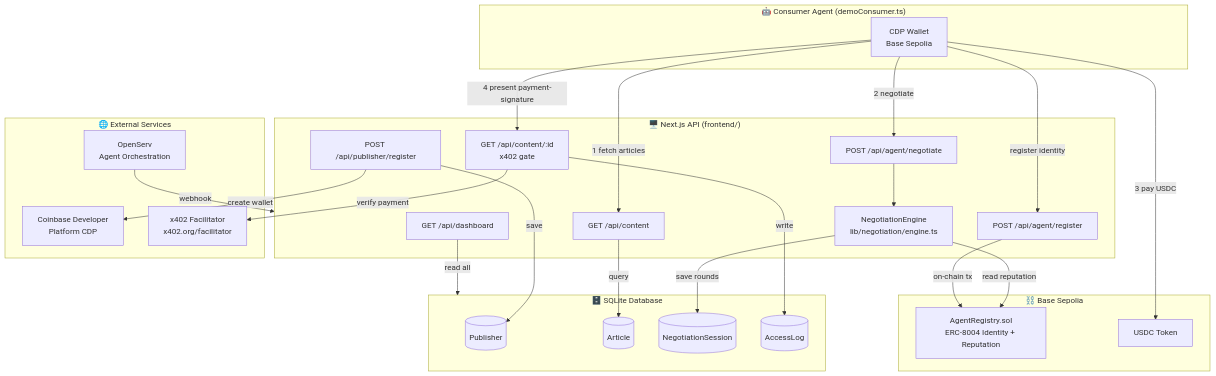
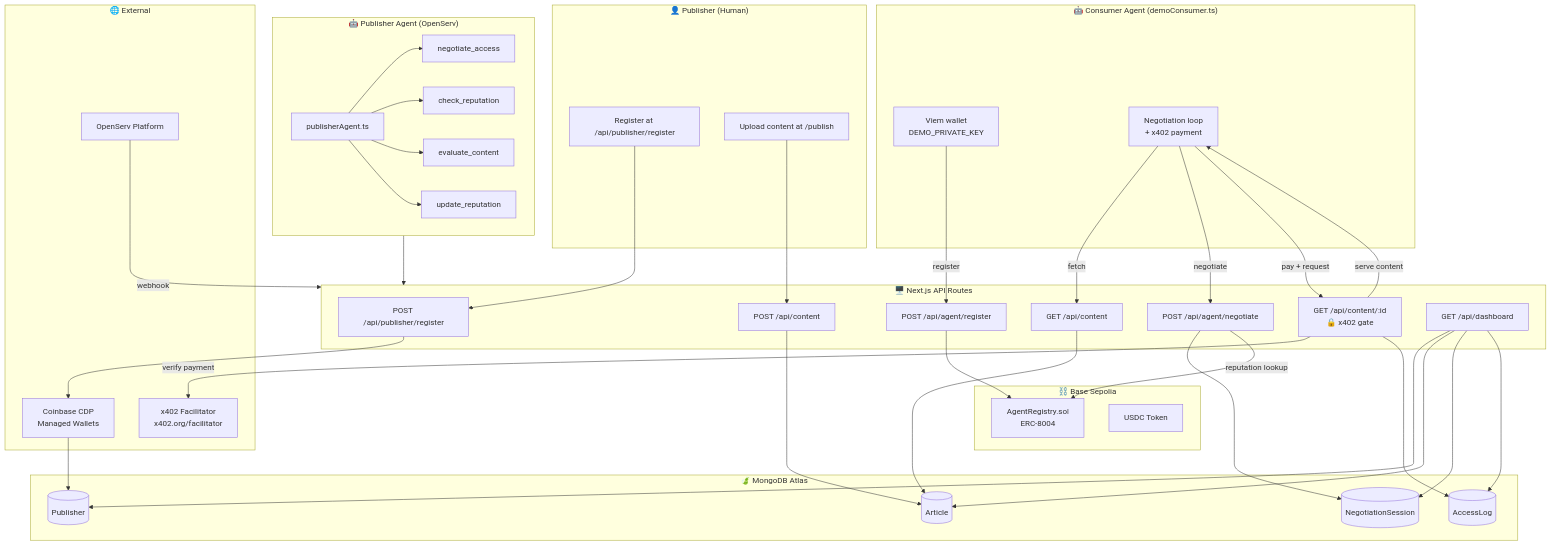
One commit to sumithprabhu/Synthesis changed the first of 7 diagrams in workflow.md. Above: the diagram before and after it, drawn with Mermaid. The commit also changed other lines of this file, not shown here.

Commit message:
Update workflow documentation to reflect new full system architecture and detailed publisher and consumer journeys. Transitioned from SQLite to MongoDB for database management and enhanced negotiation process descriptions.

````diff
--- a/workflow.md
+++ b/workflow.md
@@ -9,51 +9,64 @@
 ```mermaid
 graph TB
-    subgraph Consumer["🤖 Consumer Agent (demoConsumer.ts)"]
-        CA[CDP Wallet\nBase Sepolia]
+    subgraph PUB["👤 Publisher (Human)"]
+        PUI[Register at /api/publisher/register]
+        PPAGE[Upload content at /publish]
     end
 
-    subgraph Frontend["🖥️ Next.js API (frontend/)"]
-        API_CONTENT[GET /api/content]
-        API_NEGOTIATE[POST /api/agent/negotiate]
-        API_CONTENT_ID[GET /api/content/:id\nx402 gate]
-        API_REGISTER[POST /api/agent/register]
-        API_PUB_REG[POST /api/publisher/register]
-        API_DASH[GET /api/dashboard]
-        NEG_ENGINE[NegotiationEngine\nlib/negotiation/engine.ts]
+    subgraph PAGENT["🤖 Publisher Agent (OpenServ)"]
+        PA[publisherAgent.ts]
+        CAP_NEG[negotiate_access]
+        CAP_REP[check_reputation]
+        CAP_EVAL[evaluate_content]
+        CAP_UPD[update_reputation]
+        PA --> CAP_NEG & CAP_REP & CAP_EVAL & CAP_UPD
     end
 
-    subgraph DB["🗄️ SQLite Database"]
-        T_PUB[(Publisher)]
-        T_ART[(Article)]
-        T_NEG[(NegotiationSession)]
-        T_LOG[(AccessLog)]
+    subgraph CAGENT["🤖 Consumer Agent (demoConsumer.ts)"]
+        CA_WALLET[Viem wallet\nDEMO_PRIVATE_KEY]
+        CA_LOGIC[Negotiation loop\n+ x402 payment]
     end
 
-    subgraph Chain["⛓️ Base Sepolia"]
-        CONTRACT[AgentRegistry.sol\nERC-8004 Identity + Reputation]
+    subgraph API["🖥️ Next.js API Routes"]
+        R1[POST /api/publisher/register]
+        R2[POST /api/content]
+        R3[GET /api/content]
+        R4[GET /api/content/:id\n🔒 x402 gate]
+        R5[POST /api/agent/negotiate]
+        R6[POST /api/agent/register]
+        R7[GET /api/dashboard]
+    end
+
+    subgraph DB["🍃 MongoDB Atlas"]
+        M_PUB[(Publisher)]
+        M_ART[(Article)]
+        M_NEG[(NegotiationSession)]
+        M_LOG[(AccessLog)]
+    end
+
+    subgraph CHAIN["⛓️ Base Sepolia"]
+        CONTRACT[AgentRegistry.sol\nERC-8004]
         USDC[USDC Token]
     end
 
-    subgraph External["🌐 External Services"]
-        CDP[Coinbase Developer\nPlatform CDP]
+    subgraph EXT["🌐 External"]
+        CDP[Coinbase CDP\nManaged Wallets]
         X402[x402 Facilitator\nx402.org/facilitator]
-        OPENSERV[OpenServ\nAgent Orchestration]
+        OPENSERV[OpenServ Platform]
     end
 
-    CA -->|1 fetch articles| API_CONTENT
-    API_CONTENT -->|query| T_ART
-    CA -->|2 negotiate| API_NEGOTIATE
-    API_NEGOTIATE --> NEG_ENGINE
-    NEG_ENGINE -->|read reputation| CONTRACT
-    NEG_ENGINE -->|save rounds| T_NEG
-    CA -->|3 pay USDC| USDC
-    CA -->|4 present payment-signature| API_CONTENT_ID
-    API_CONTENT_ID -->|verify payment| X402
-    API_CONTENT_ID -->|write| T_LOG
-    CA -->|register identity| API_REGISTER
-    API_REGISTER -->|on-chain tx| CONTRACT
-    API_PUB_REG -->|create wallet| CDP
-    API_PUB_REG -->|save| T_PUB
-    API_DASH -->|read all| DB
-    OPENSERV -->|webhook| Frontend
+    PUI --> R1 --> CDP --> M_PUB
+    PPAGE --> R2 --> M_ART
+    OPENSERV -->|webhook| API
+    PAGENT --> API
+
+    CA_WALLET -->|register| R6 --> CONTRACT
+    CA_LOGIC -->|fetch| R3 --> M_ART
+    CA_LOGIC -->|negotiate| R5 --> M_NEG
+    R5 -->|reputation lookup| CONTRACT
+    CA_LOGIC -->|pay + request| R4
+    R4 -->|verify payment| X402
+    R4 -->|serve content| CA_LOGIC
+    R4 --> M_LOG
+    R7 --> M_PUB & M_ART & M_NEG & M_LOG
 ```
````
